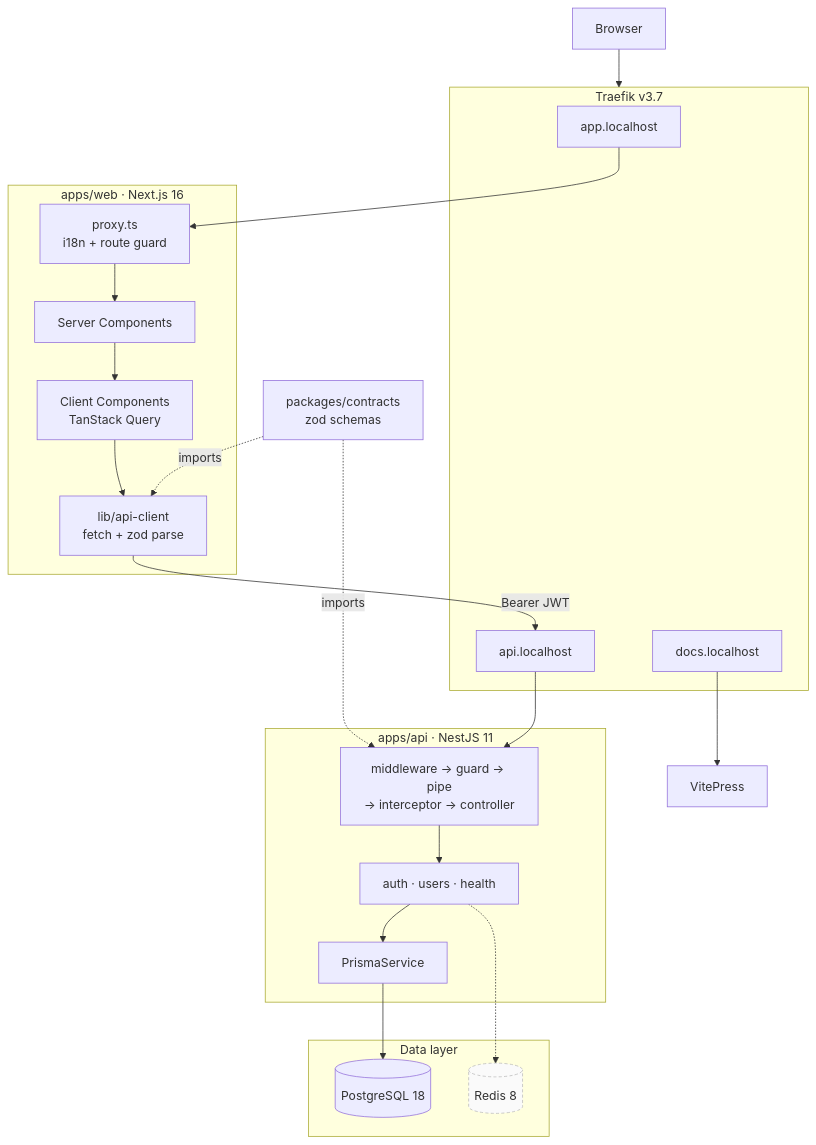
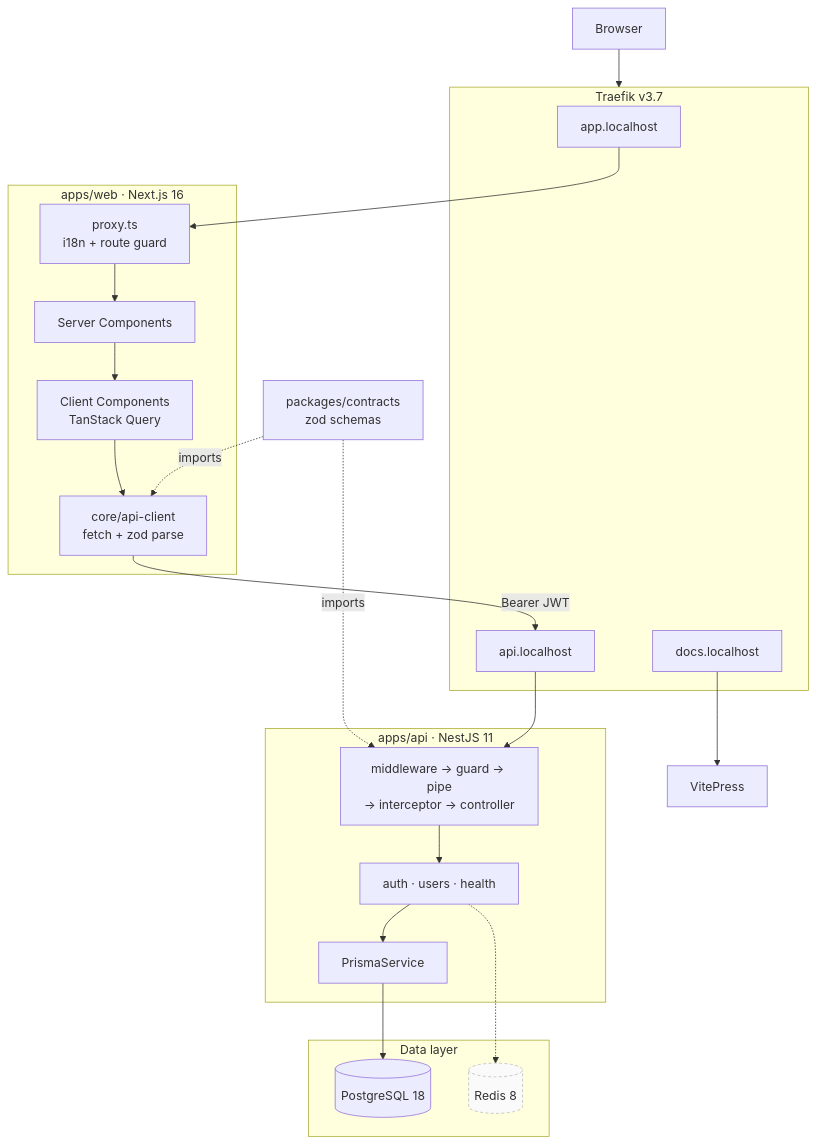
One commit to bk-engineering/app-platform changed the second of 3 diagrams in apps/docs/en/architecture/overview.md. Above: the diagram before and after it, drawn with Mermaid. The commit also changed 119 other files, not shown here.

````diff
--- a/apps/docs/en/architecture/overview.md
+++ b/apps/docs/en/architecture/overview.md
@@ -42,43 +42,43 @@
 ```mermaid
 flowchart TB
   Browser["Browser"]
 
   subgraph Edge["Traefik v3.7"]
     R1["app.localhost"]
     R2["api.localhost"]
     R3["docs.localhost"]
   end
 
   subgraph WebApp["apps/web · Next.js 16"]
     Proxy["proxy.ts<br/>i18n + route guard"]
     RSC["Server Components"]
     Client["Client Components<br/>TanStack Query"]
-    ApiClient["lib/api-client<br/>fetch + zod parse"]
+    ApiClient["core/api-client<br/>fetch + zod parse"]
   end
 
   subgraph ApiApp["apps/api · NestJS 11"]
     Pipeline["middleware → guard → pipe<br/>→ interceptor → controller"]
     Modules["auth · users · health"]
     Prisma["PrismaService"]
   end
 
   subgraph Data["Data layer"]
     PG[("PostgreSQL 18")]
     Redis[("Redis 8")]
   end
 
   Contracts["packages/contracts<br/>zod schemas"]
 
   Browser --> Edge
   R1 --> Proxy --> RSC --> Client --> ApiClient
   R2 --> Pipeline --> Modules --> Prisma --> PG
   ApiClient -->|Bearer JWT| R2
   Modules -.-> Redis
   R3 --> Docs["VitePress"]
 
   Contracts -.imports.-> ApiClient
   Contracts -.imports.-> Pipeline
 
   classDef unused fill:#fafafa,stroke:#bbb,stroke-dasharray:4 3
   class Redis unused
 ```
````
